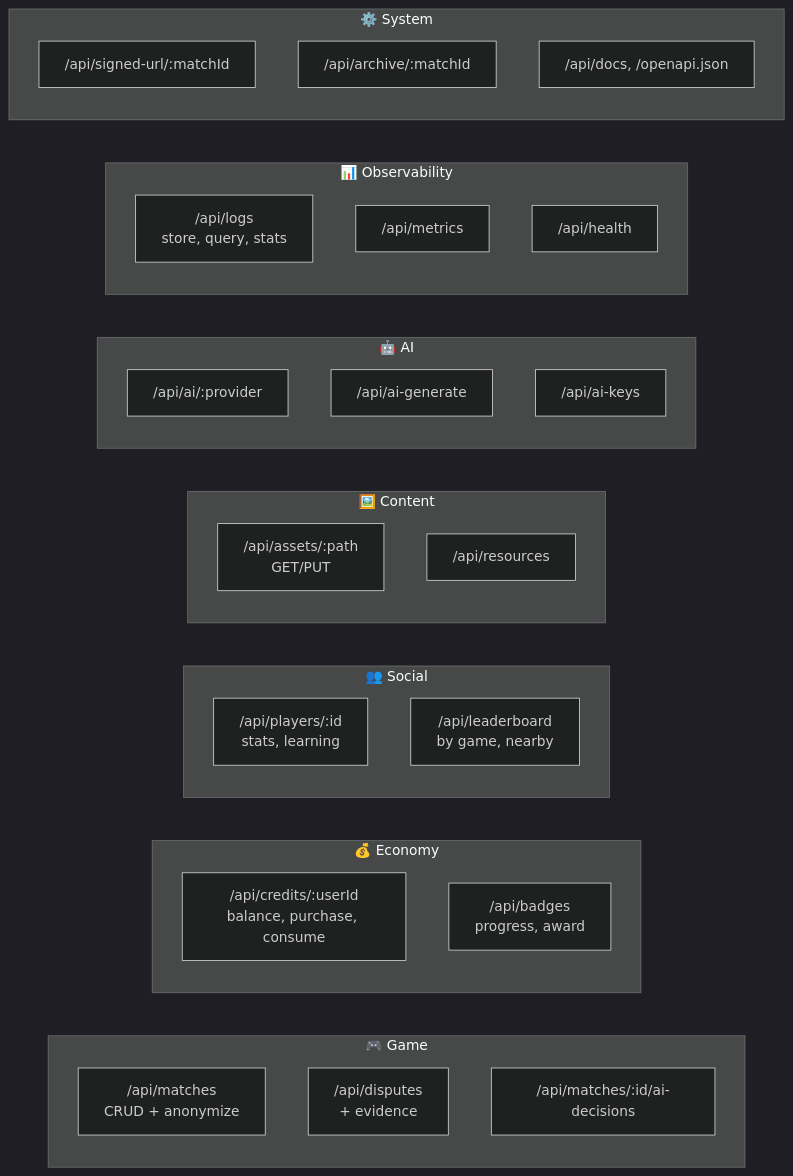
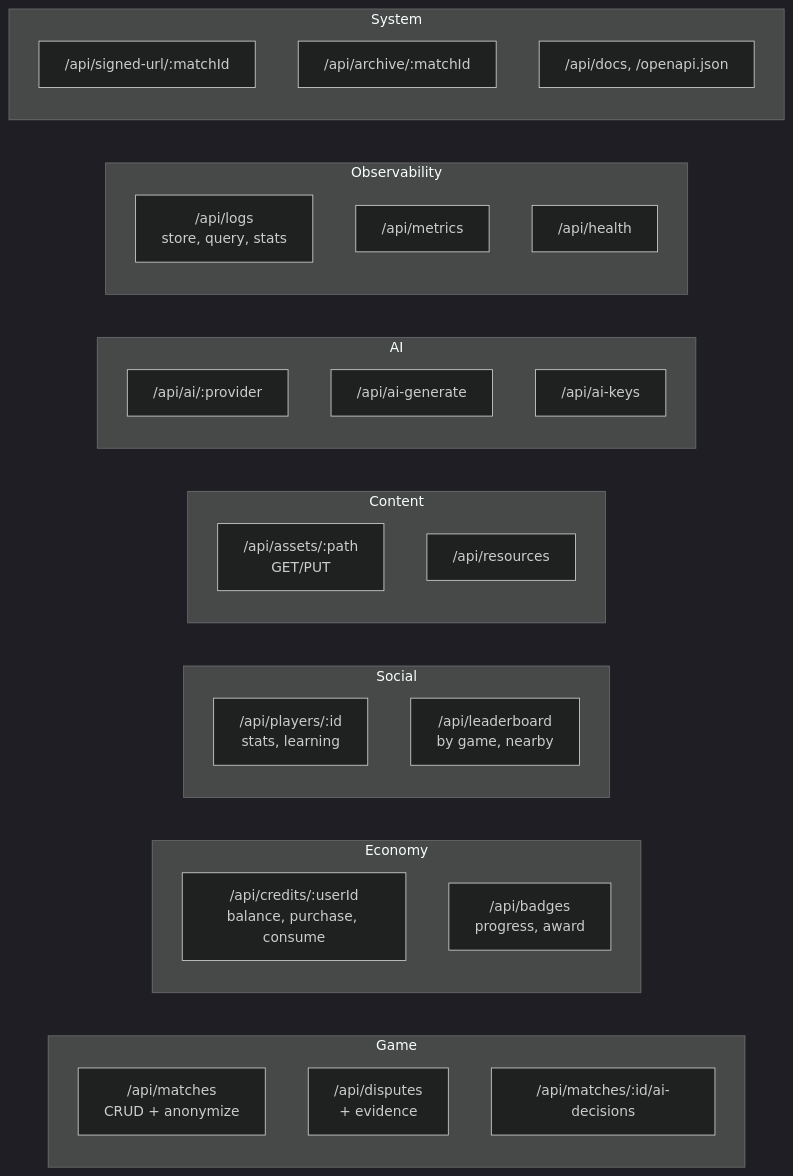
One commit to ocentra/ocentra-games changed the tenth of 18 diagrams in infra/cloudflare/docs/ARCHITECTURE.md. Above: the diagram before and after it, drawn with Mermaid (dark theme). The commit also changed other lines of this file and 35 other files, not shown here.

````diff
--- a/infra/cloudflare/docs/ARCHITECTURE.md
+++ b/infra/cloudflare/docs/ARCHITECTURE.md
@@ -406,41 +429,41 @@
 ```mermaid
 flowchart LR
-    subgraph Game["🎮 Game"]
+    subgraph Game["Game"]
         M["/api/matches<br/>CRUD + anonymize"]
         D["/api/disputes<br/>+ evidence"]
         A["/api/matches/:id/ai-decisions"]
     end
     
-    subgraph Economy["💰 Economy"]
+    subgraph Economy["Economy"]
         C["/api/credits/:userId<br/>balance, purchase, consume"]
         B["/api/badges<br/>progress, award"]
     end
     
-    subgraph Social["👥 Social"]
+    subgraph Social["Social"]
         P["/api/players/:id<br/>stats, learning"]
         L["/api/leaderboard<br/>by game, nearby"]
     end
     
-    subgraph Content["🖼️ Content"]
+    subgraph Content["Content"]
         AS["/api/assets/:path<br/>GET/PUT"]
         R["/api/resources"]
     end
     
-    subgraph AI["🤖 AI"]
+    subgraph AI["AI"]
         AI1["/api/ai/:provider"]
         AI2["/api/ai-generate"]
         AI3["/api/ai-keys"]
     end
     
-    subgraph Observability["📊 Observability"]
+    subgraph Observability["Observability"]
         LG["/api/logs<br/>store, query, stats"]
         MT["/api/metrics"]
         HL["/api/health"]
     end
     
-    subgraph System["⚙️ System"]
+    subgraph System["System"]
         SU["/api/signed-url/:matchId"]
         AR["/api/archive/:matchId"]
         DP["/api/docs, /openapi.json"]
     end
 ```
````
